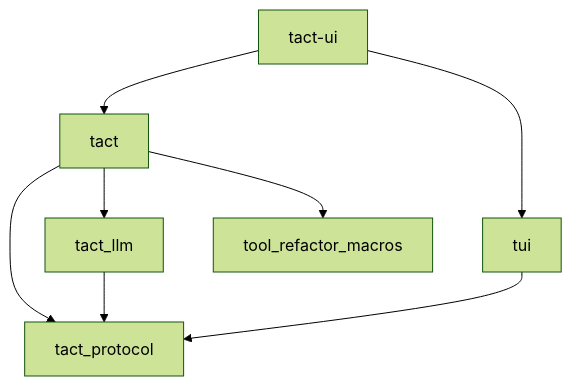
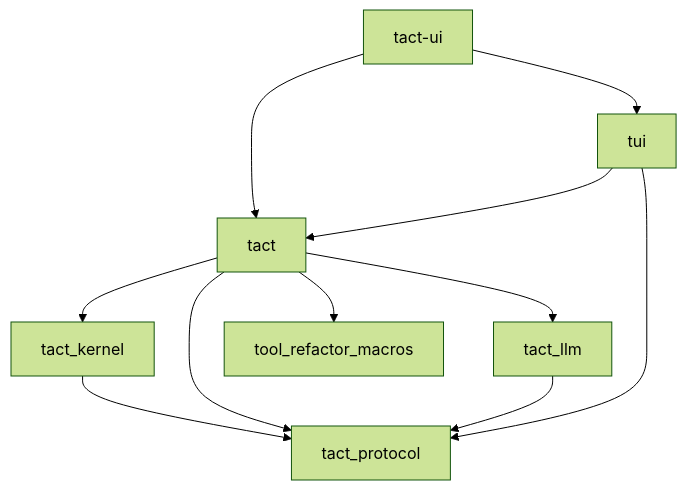
Before and after one commit to rust-infra/tact: the first of 10 diagrams in ARCHITECTURE.md, drawn with Mermaid (forest theme). The commit also changed other lines of this file and 37 other files, not shown here.

````diff
--- a/ARCHITECTURE.md
+++ b/ARCHITECTURE.md
@@ -24,10 +25,13 @@
 ```mermaid
 flowchart TB
     tact_ui["tact-ui"] --> tact
     tact_ui --> tui
+    tact --> tact_kernel
+    tact_kernel --> tact_protocol
     tact --> tact_protocol
     tact --> tact_llm
     tact --> tool_refactor_macros
     tact_llm --> tact_protocol
+    tui --> tact
     tui --> tact_protocol
 ```
````
